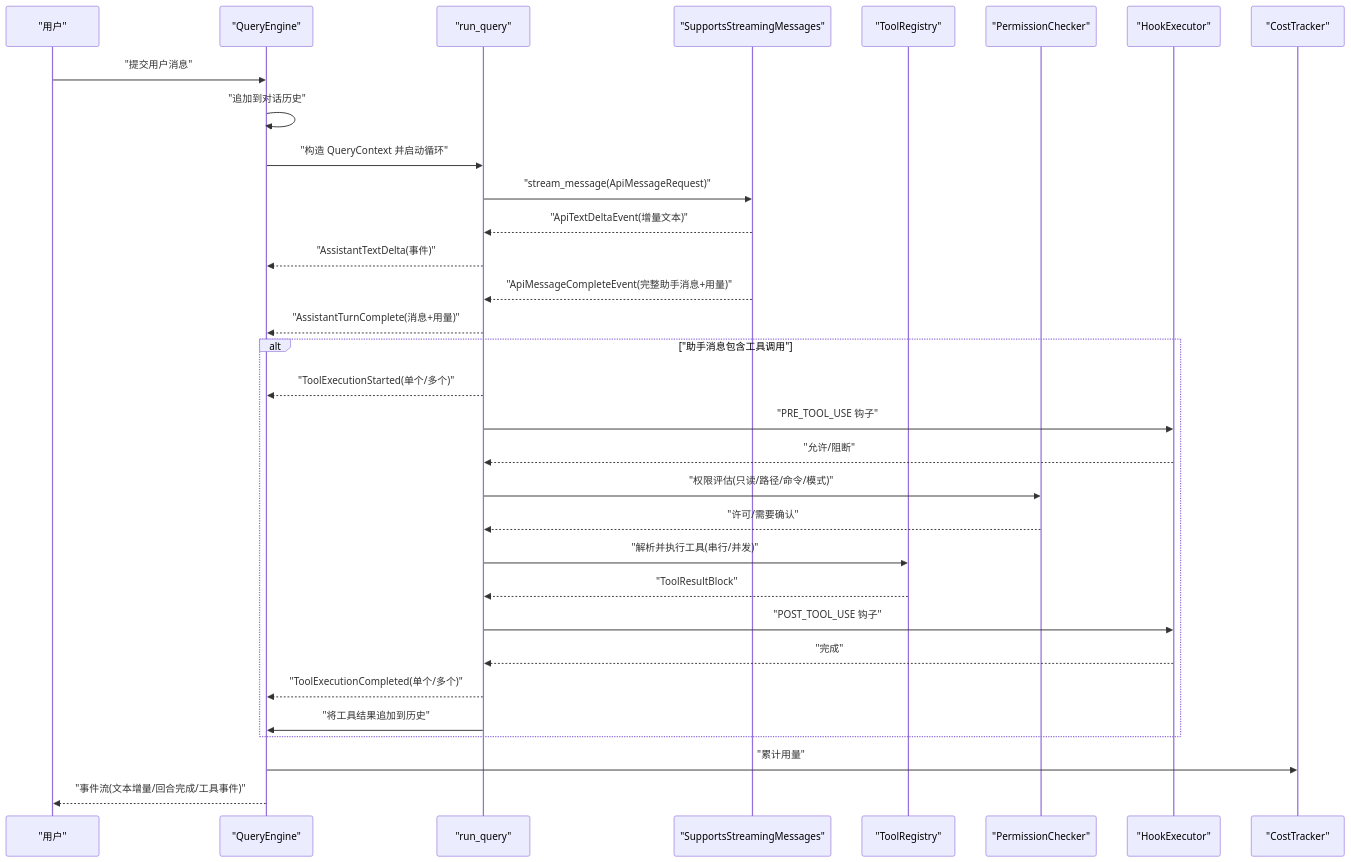
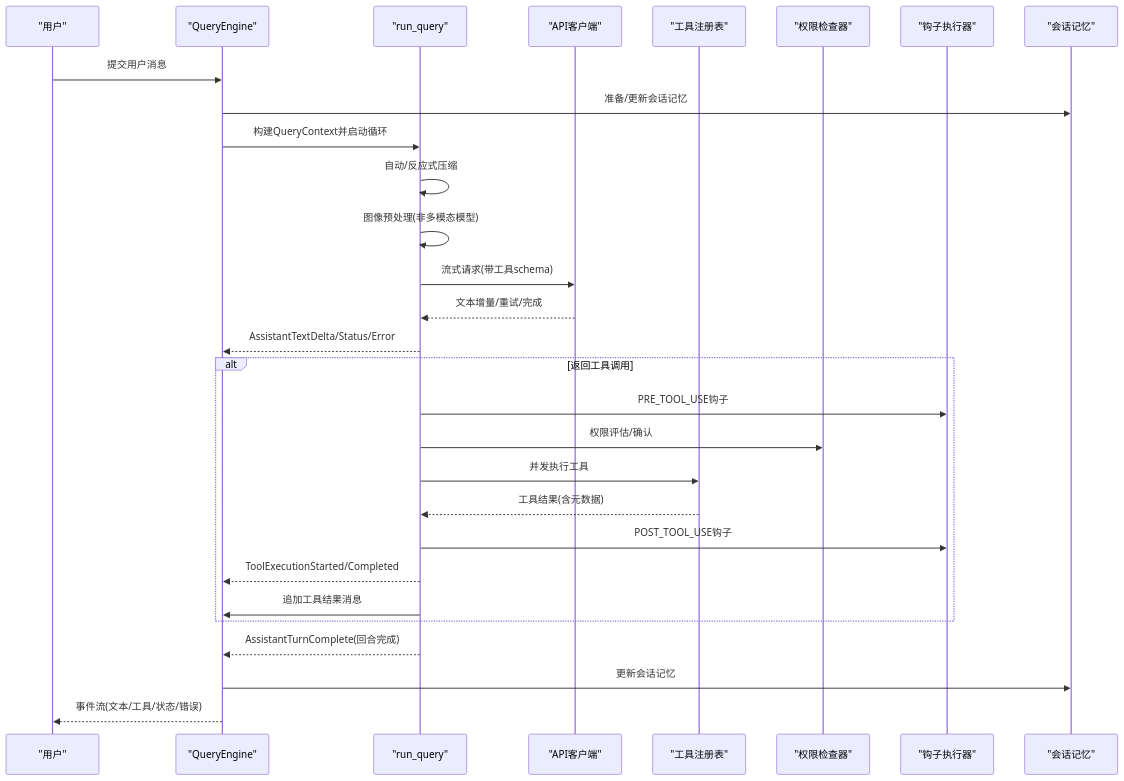
Before and after one commit to haolange/OpenHarness: the second of 4 diagrams in .qoder/repowiki/zh/content/核心概念/代理循环机制.md, drawn with Mermaid. The commit also changed other lines of this file and 222 other files, not shown here.

````diff
--- a/.qoder/repowiki/zh/content/核心概念/代理循环机制.md
+++ b/.qoder/repowiki/zh/content/核心概念/代理循环机制.md
@@ -113,34 +96,31 @@
 ```mermaid
 sequenceDiagram
 participant U as "用户"
 participant QE as "QueryEngine"
-participant QF as "run_query"
-participant API as "SupportsStreamingMessages"
-participant TR as "ToolRegistry"
-participant PC as "PermissionChecker"
-participant HK as "HookExecutor"
-participant CT as "CostTracker"
-U->>QE : "提交用户消息"
-QE->>QE : "追加到对话历史"
-QE->>QF : "构造 QueryContext 并启动循环"
-QF->>API : "stream_message(ApiMessageRequest)"
-API-->>QF : "ApiTextDeltaEvent(增量文本)"
-QF-->>QE : "AssistantTextDelta(事件)"
-API-->>QF : "ApiMessageCompleteEvent(完整助手消息+用量)"
-QF-->>QE : "AssistantTurnComplete(消息+用量)"
-alt "助手消息包含工具调用"
-QF-->>QE : "ToolExecutionStarted(单个/多个)"
-QF->>HK : "PRE_TOOL_USE 钩子"
-HK-->>QF : "允许/阻断"
-QF->>PC : "权限评估(只读/路径/命令/模式)"
-PC-->>QF : "许可/需要确认"
-QF->>TR : "解析并执行工具(串行/并发)"
-TR-->>QF : "ToolResultBlock"
-QF->>HK : "POST_TOOL_USE 钩子"
-HK-->>QF : "完成"
-QF-->>QE : "ToolExecutionCompleted(单个/多个)"
-QF->>QE : "将工具结果追加到历史"
+participant Q as "run_query"
+participant API as "API客户端"
+participant TR as "工具注册表"
+participant PC as "权限检查器"
+participant HK as "钩子执行器"
+participant SM as "会话记忆"
+U->>QE : 提交用户消息
+QE->>SM : 准备/更新会话记忆
+QE->>Q : 构建QueryContext并启动循环
+Q->>Q : 自动/反应式压缩
+Q->>Q : 图像预处理(非多模态模型)
+Q->>API : 流式请求(带工具schema)
+API-->>Q : 文本增量/重试/完成
+Q-->>QE : AssistantTextDelta/Status/Error
+alt 返回工具调用
+Q->>HK : PRE_TOOL_USE钩子
+Q->>PC : 权限评估/确认
+Q->>TR : 并发执行工具
+TR-->>Q : 工具结果(含元数据)
+Q->>HK : POST_TOOL_USE钩子
+Q-->>QE : ToolExecutionStarted/Completed
+Q->>QE : 追加工具结果消息
 end
-QE->>CT : "累计用量"
-QE-->>U : "事件流(文本增量/回合完成/工具事件)"
+Q-->>QE : AssistantTurnComplete(回合完成)
+QE->>SM : 更新会话记忆
+QE-->>U : 事件流(文本/工具/状态/错误)
 ```
````
